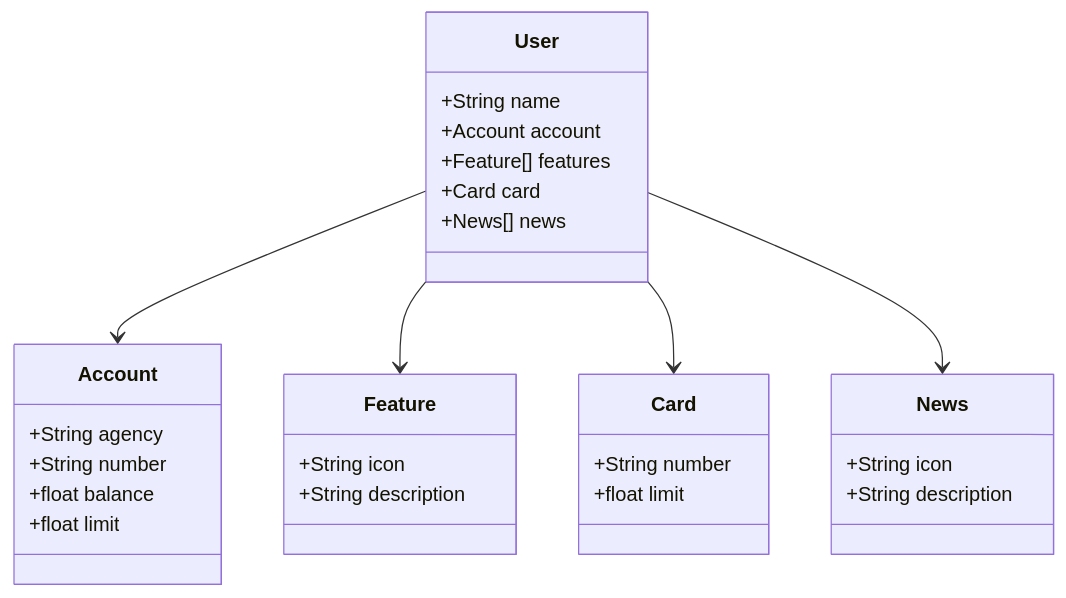
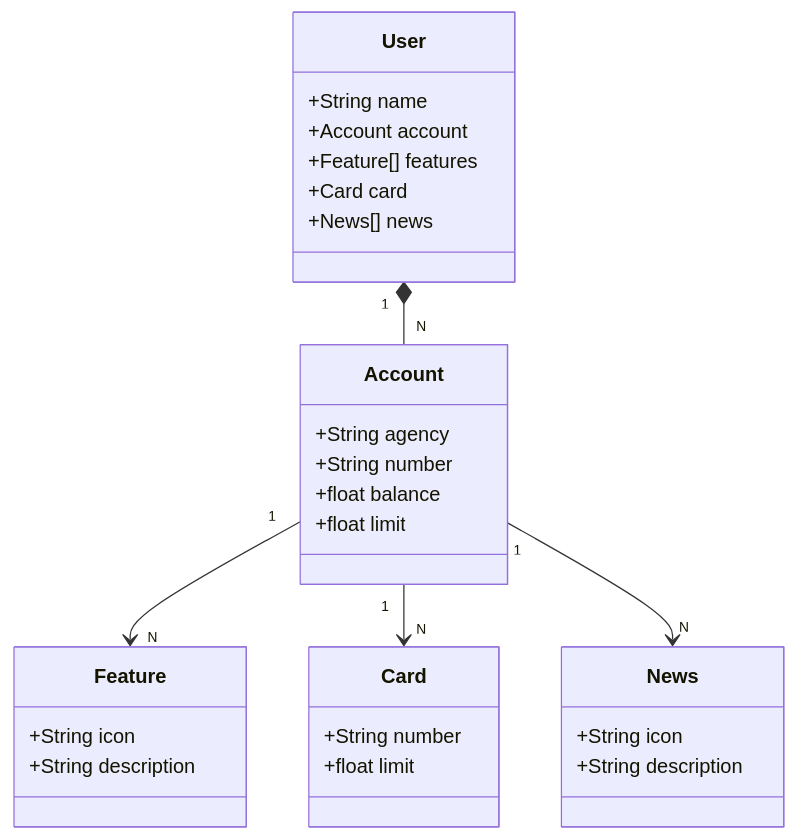
Before and after one commit to GuihCastro/lab-apirest-spring: the diagram in README.md, drawn with Mermaid.

````diff
--- a/README.md
+++ b/README.md
@@ -4,37 +4,37 @@
 ```mermaid
 classDiagram
     class User {
         +String name
         +Account account
         +Feature[] features
         +Card card
         +News[] news
     }
 
     class Account {
         +String agency
         +String number
         +float balance
         +float limit
     }
 
     class Feature {
         +String icon
         +String description
     }
 
     class Card {
         +String number
         +float limit
     }
 
     class News {
         +String icon
         +String description
     }
 
-    User --> Account
-    User --> Feature
-    User --> Card
-    User --> News
+    User "1" *-- "N" Account
+    Account "1" --> "N" Feature
+    Account "1" --> "N" Card
+    Account "1" --> "N" News
 ```
````
